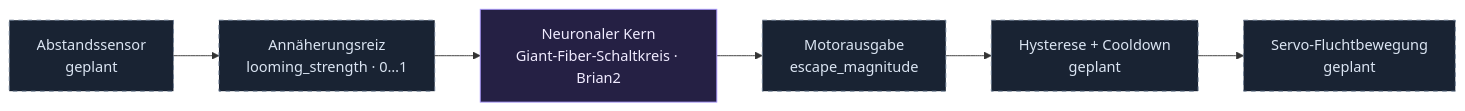
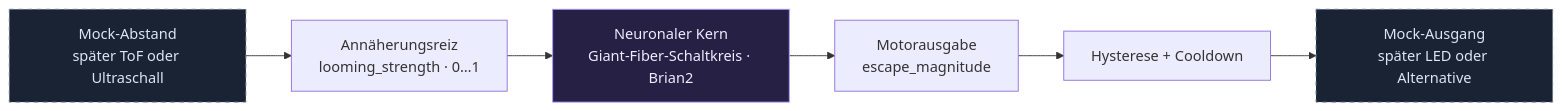
The diagram in README.md (dj-nic/neuro-fly), drawn with Mermaid before and after one commit. The commit also changed other lines of this file and 6 other files, not shown here.

````diff
--- a/README.md
+++ b/README.md
@@ -37,12 +41,12 @@
 ```mermaid
 flowchart LR
-    A["Abstandssensor<br/>geplant"] --> B["Annäherungsreiz<br/>looming_strength · 0…1"]
+    A["Mock-Abstand<br/>später ToF oder Ultraschall"] --> B["Annäherungsreiz<br/>looming_strength · 0…1"]
     B --> C["Neuronaler Kern<br/>Giant-Fiber-Schaltkreis · Brian2"]
     C --> D["Motorausgabe<br/>escape_magnitude"]
-    D --> E["Hysterese + Cooldown<br/>geplant"]
-    E --> F["Servo-Fluchtbewegung<br/>geplant"]
+    D --> E["Hysterese + Cooldown"]
+    E --> F["Mock-Ausgang<br/>später LED oder Alternative"]
     classDef planned fill:#192333,stroke:#6b7b91,color:#dbe5f3,stroke-dasharray:5 5
     classDef brain fill:#252044,stroke:#aa97ff,color:#f0ebff
-    class A,B,D,E,F planned
+    class A,F planned
     class C brain
 ```
````
